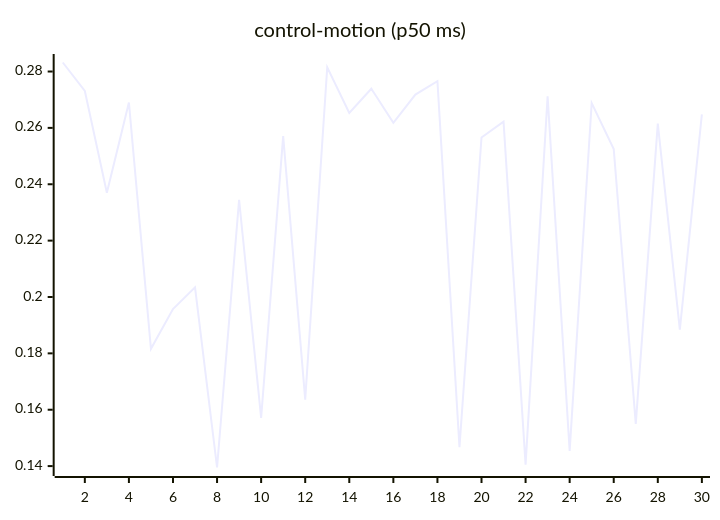
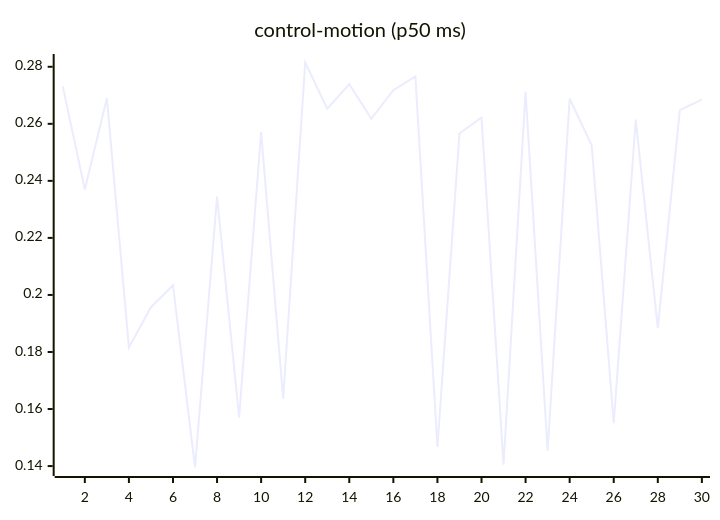
One commit to josha/Facet changed the seventh of 27 diagrams in README.md. Above: the diagram before and after it, drawn with Mermaid. The commit also changed other lines of this file and 2 other files, not shown here.

````diff
--- a/README.md
+++ b/README.md
@@ -105,6 +105,6 @@
 ```mermaid
 xychart-beta
     title "control-motion (p50 ms)"
     x-axis 1 --> 30
-    line [0.2832, 0.2731, 0.2370, 0.2690, 0.1816, 0.1957, 0.2034, 0.1395, 0.2345, 0.1571, 0.2571, 0.1636, 0.2815, 0.2653, 0.2739, 0.2618, 0.2718, 0.2766, 0.1467, 0.2566, 0.2622, 0.1405, 0.2712, 0.1454, 0.2688, 0.2525, 0.1550, 0.2615, 0.1884, 0.2648]
+    line [0.2731, 0.2370, 0.2690, 0.1816, 0.1957, 0.2034, 0.1395, 0.2345, 0.1571, 0.2571, 0.1636, 0.2815, 0.2653, 0.2739, 0.2618, 0.2718, 0.2766, 0.1467, 0.2566, 0.2622, 0.1405, 0.2712, 0.1454, 0.2688, 0.2525, 0.1550, 0.2615, 0.1884, 0.2648, 0.2685]
 ```
````
